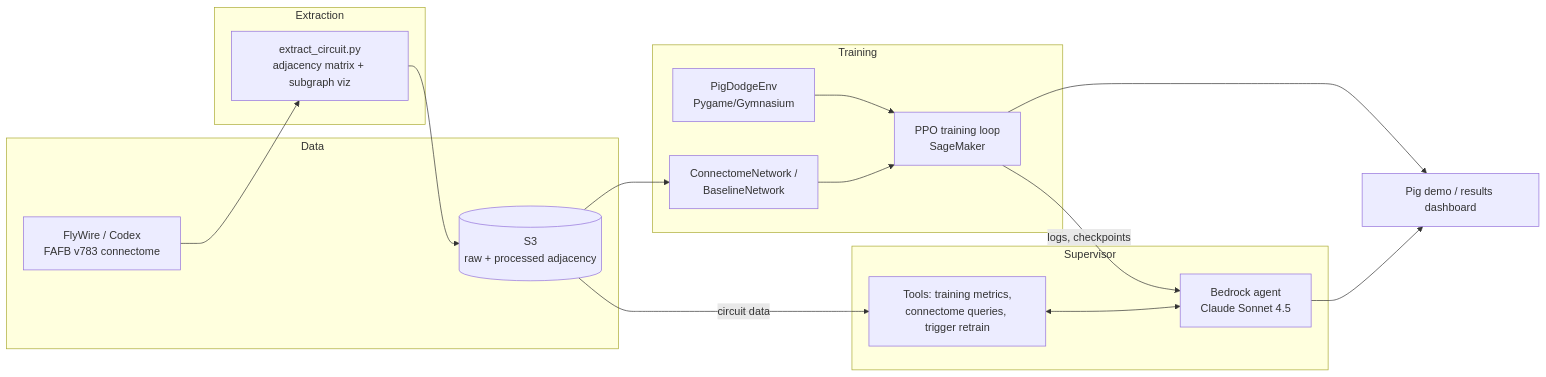
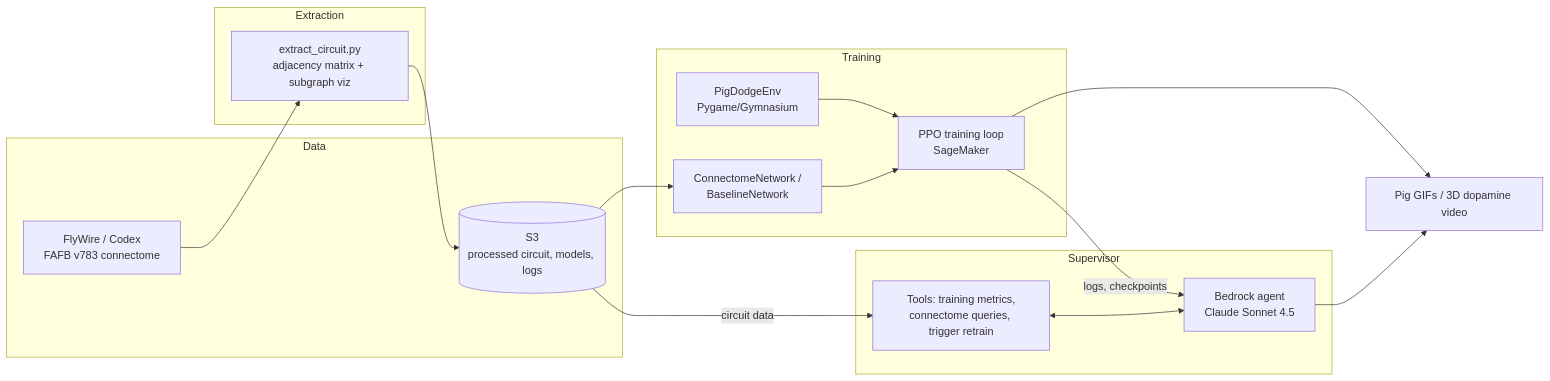
One commit to maasu-23/oink-oink changed the diagram in README.md. Above: the diagram before and after it, drawn with Mermaid. The commit also changed other lines of this file and 7 other files, not shown here.

````diff
--- a/README.md
+++ b/README.md
@@ -67,30 +67,30 @@
 ```mermaid
 flowchart LR
     subgraph Data
         FW["FlyWire / Codex<br/>FAFB v783 connectome"]
-        S3[("S3<br/>raw + processed adjacency")]
+        S3[("S3<br/>processed circuit, models, logs")]
     end
     subgraph Extraction
         EX["extract_circuit.py<br/>adjacency matrix + subgraph viz"]
     end
     subgraph Training
         ENV["PigDodgeEnv<br/>Pygame/Gymnasium"]
         NET["ConnectomeNetwork /<br/>BaselineNetwork"]
         PPO["PPO training loop<br/>SageMaker"]
     end
     subgraph Supervisor
         BR["Bedrock agent<br/>Claude Sonnet 4.5"]
         TOOLS["Tools: training metrics,<br/>connectome queries, trigger retrain"]
     end
-    DEMO["Pig demo / results dashboard"]
+    DEMO["Pig GIFs / 3D dopamine video"]
 
     FW --> EX --> S3
     S3 --> NET
     ENV --> PPO
     NET --> PPO
     PPO -->|logs, checkpoints| BR
     S3 -->|circuit data| TOOLS
     TOOLS <--> BR
     PPO --> DEMO
     BR --> DEMO
 ```
````
